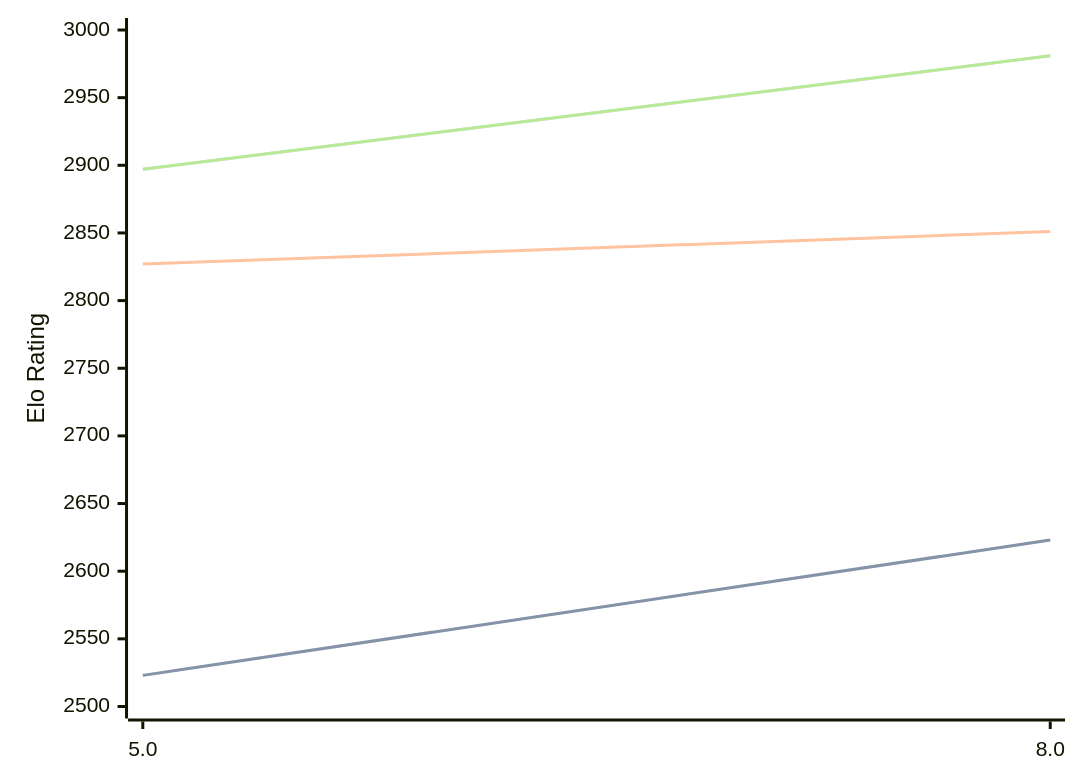
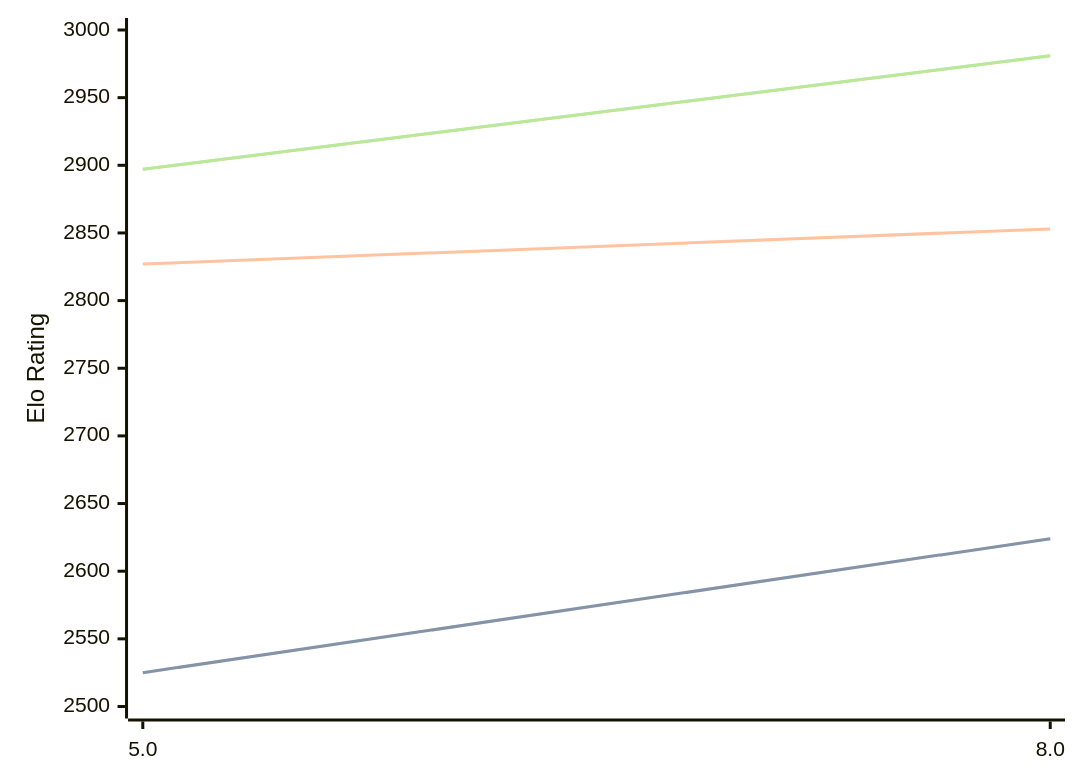
One commit to computer-chess-index/cci changed the diagram in engines/4kc.md. Above: the diagram before and after it, drawn with Mermaid. The commit also changed other lines of this file, not shown here.

Commit message:
Update CCI Ratings (ELO VLTC) - 2026-04-25

````diff
--- a/engines/4kc.md
+++ b/engines/4kc.md
@@ -41,11 +41,11 @@
 ```mermaid
 %%{init: {"theme":"base","themeVariables":{"seriesColors:['#a3a3a3','#222221','#faa371']}}}%%
 xychart-beta
   x-axis ["5.0", "8.0"]
   y-axis "Elo Rating" 2500 --> 3000
-  line "STC (8.0+0.08s)" [2523, 2623]
-  line "STC (8.0+0.08s)" [2523, 2623]
-  line "LTC (60.0+0.60s)" [2827, 2851]
+  line "STC (8.0+0.08s)" [2525, 2624]
+  line "STC (8.0+0.08s)" [2525, 2624]
+  line "LTC (60.0+0.60s)" [2827, 2853]
   line "VLTC (2m24s+1.12s)" [2897, 2981]
   line "VLTC (2m24s+1.12s)" [2897, 2981]
 ```
````
